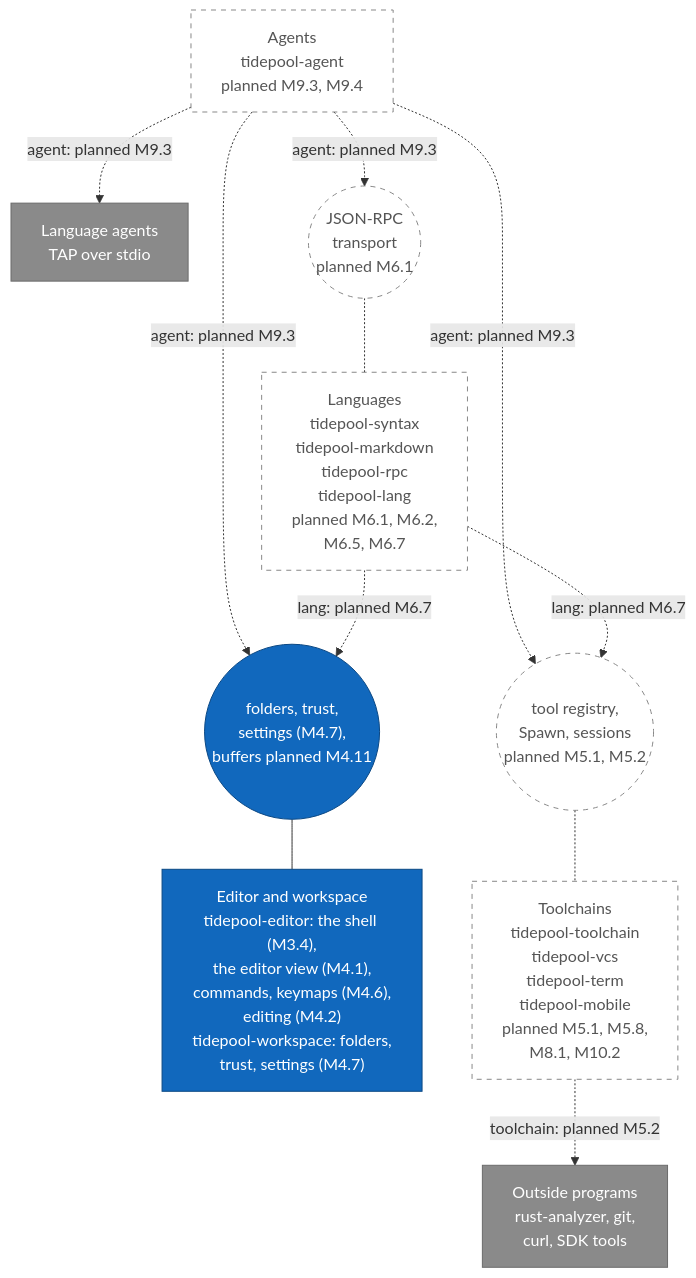
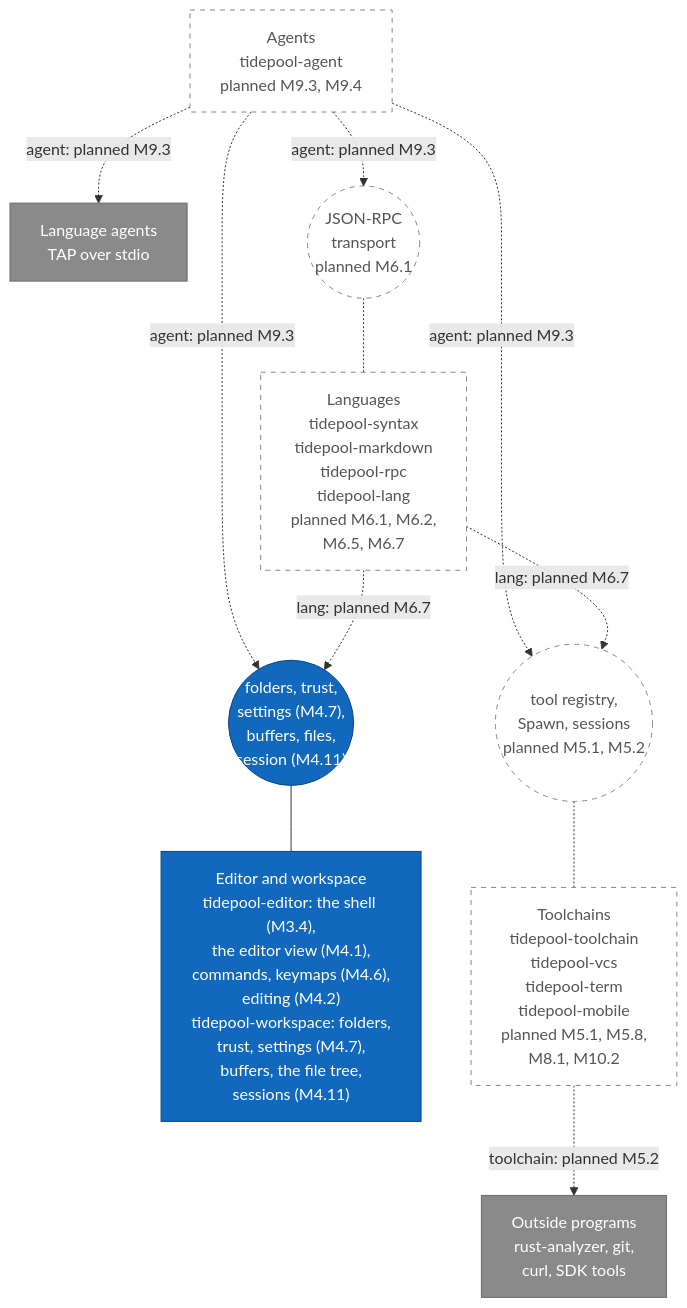
The second of 21 diagrams in diagrams/component-diagrams.md (jabbott-iii/Tidepool), drawn with Mermaid before and after one commit. The commit also changed other lines of this file and 50 other files, not shown here.

First line of the commit message:
feat(workspace,text): buffers, file tree and sessions (M4.11, ADR-0069)

````diff
--- a/diagrams/component-diagrams.md
+++ b/diagrams/component-diagrams.md
@@ -133,31 +133,31 @@
 ```mermaid
 flowchart TB
     c_agents["Agents<br/>tidepool-agent<br/>planned M9.3, M9.4"]
     e_agents["Language agents<br/>TAP over stdio"]
     i_rpc(("JSON-RPC<br/>transport<br/>planned M6.1"))
     c_lang["Languages<br/>tidepool-syntax<br/>tidepool-markdown<br/>tidepool-rpc<br/>tidepool-lang<br/>planned M6.1, M6.2,<br/>M6.5, M6.7"]
-    i_ws(("folders, trust,<br/>settings (M4.7),<br/>buffers planned M4.11"))
+    i_ws(("folders, trust,<br/>settings (M4.7),<br/>buffers, files,<br/>session (M4.11)"))
     i_tools(("tool registry,<br/>Spawn, sessions<br/>planned M5.1, M5.2"))
-    c_editor["Editor and workspace<br/>tidepool-editor: the shell (M3.4),<br/>the editor view (M4.1),<br/>commands, keymaps (M4.6),<br/>editing (M4.2)<br/>tidepool-workspace: folders,<br/>trust, settings (M4.7)"]
+    c_editor["Editor and workspace<br/>tidepool-editor: the shell (M3.4),<br/>the editor view (M4.1),<br/>commands, keymaps (M4.6),<br/>editing (M4.2)<br/>tidepool-workspace: folders,<br/>trust, settings (M4.7),<br/>buffers, the file tree,<br/>sessions (M4.11)"]
     c_tools["Toolchains<br/>tidepool-toolchain<br/>tidepool-vcs<br/>tidepool-term<br/>tidepool-mobile<br/>planned M5.1, M5.8,<br/>M8.1, M10.2"]
     e_progs["Outside programs<br/>rust-analyzer, git,<br/>curl, SDK tools"]
 
     c_agents -.->|"agent: planned M9.3"| e_agents
     c_agents -.->|"agent: planned M9.3"| i_rpc
     c_agents -.->|"agent: planned M9.3"| i_ws
     c_agents -.->|"agent: planned M9.3"| i_tools
     i_rpc -.- c_lang
     c_lang -.->|"lang: planned M6.7"| i_ws
     c_lang -.->|"lang: planned M6.7"| i_tools
     i_ws --- c_editor
     i_tools -.- c_tools
     c_tools -.->|"toolchain: planned M5.2"| e_progs
 
     classDef built fill:#1168bd,stroke:#0b4884,color:#ffffff
     classDef external fill:#8a8a8a,stroke:#6b6b6b,color:#ffffff
     classDef planned fill:#ffffff,stroke:#888888,stroke-dasharray: 5 5,color:#555555
     class c_editor,i_ws built
     class c_agents,c_lang,c_tools planned
     class i_rpc,i_tools planned
     class e_agents,e_progs external
 ```
````
